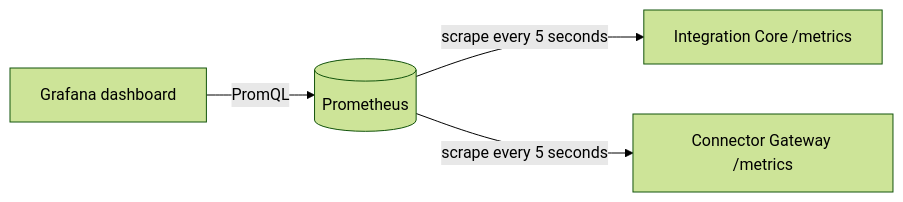
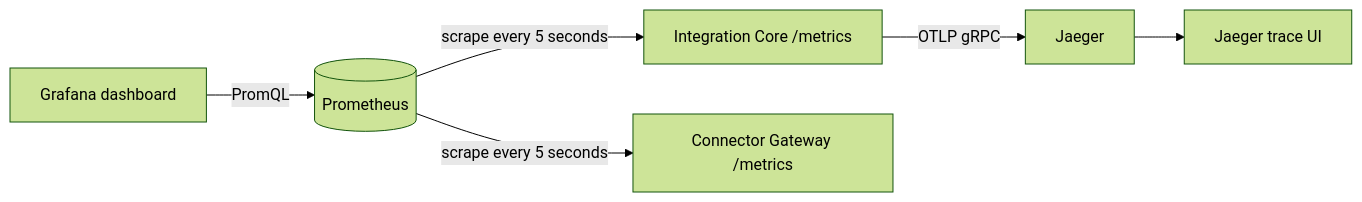
Before and after one commit to PietroRussoD/commerce-integration-hub: the diagram in observability/README.md, drawn with Mermaid (forest theme). The commit also changed other lines of this file and 3 other files, not shown here.

Commit message:
✨ Add local Jaeger trace export

````diff
--- a/observability/README.md
+++ b/observability/README.md
@@ -7,11 +7,13 @@
 ```mermaid
 flowchart LR
     Core[Integration Core /metrics]
     Gateway[Connector Gateway /metrics]
     Prometheus[(Prometheus)]
     Grafana[Grafana dashboard]
+    Core -->|OTLP gRPC| Jaeger[Jaeger]
+    Jaeger[Jaeger] --> TraceUI[Jaeger trace UI]
 
     Prometheus -->|scrape every 5 seconds| Core
     Prometheus -->|scrape every 5 seconds| Gateway
     Grafana -->|PromQL| Prometheus
 ```
````
